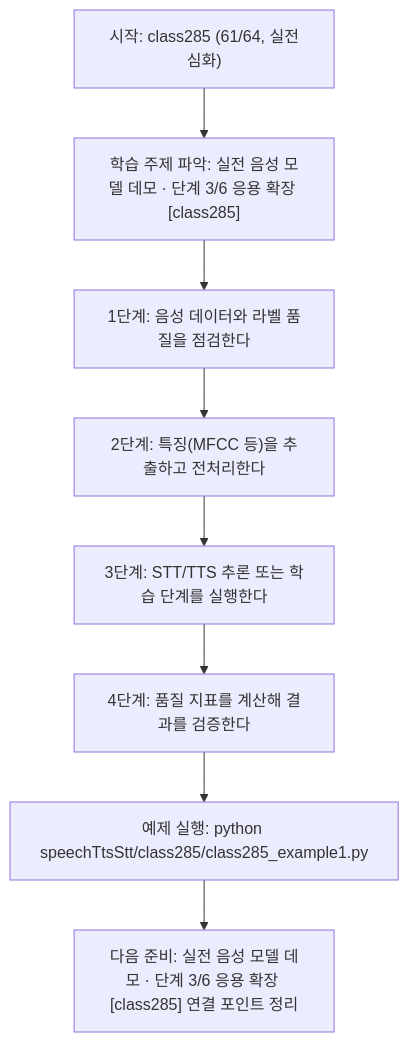
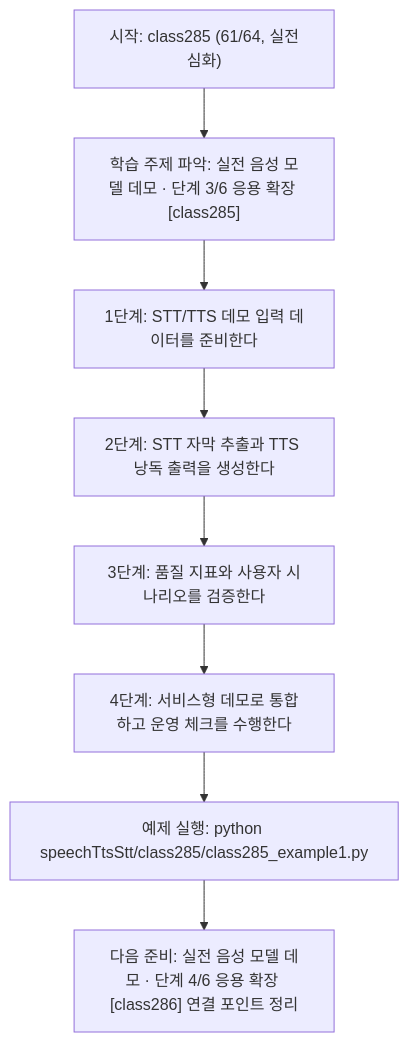
The diagram in speechTtsStt/class285/class285.md (edumgt/Python-AI_Agent-Class), drawn with Mermaid before and after one commit. The commit also changed other lines of this file and 1122 other files, not shown here.

````diff
--- a/speechTtsStt/class285/class285.md
+++ b/speechTtsStt/class285/class285.md
@@ -115,18 +95,18 @@
 ```mermaid
 flowchart TD
 N1["시작: class285 (61/64, 실전심화)"]
 N2["학습 주제 파악: 실전 음성 모델 데모 · 단계 3/6 응용 확장 [class285]"]
-N3["1단계: 음성 데이터와 라벨 품질을 점검한다"]
-N4["2단계: 특징(MFCC 등)을 추출하고 전처리한다"]
-N5["3단계: STT/TTS 추론 또는 학습 단계를 실행한다"]
-N6["4단계: 품질 지표를 계산해 결과를 검증한다"]
+N3["1단계: STT/TTS 데모 입력 데이터를 준비한다"]
+N4["2단계: STT 자막 추출과 TTS 낭독 출력을 생성한다"]
+N5["3단계: 품질 지표와 사용자 시나리오를 검증한다"]
+N6["4단계: 서비스형 데모로 통합하고 운영 체크를 수행한다"]
 N7["예제 실행: python speechTtsStt/class285/class285_example1.py"]
-N8["다음 준비: 실전 음성 모델 데모 · 단계 3/6 응용 확장 [class285] 연결 포인트 정리"]
+N8["다음 준비: 실전 음성 모델 데모 · 단계 4/6 응용 확장 [class286] 연결 포인트 정리"]
 N1 --> N2
 N2 --> N3
 N3 --> N4
 N4 --> N5
 N5 --> N6
 N6 --> N7
 N7 --> N8
 ```
````
